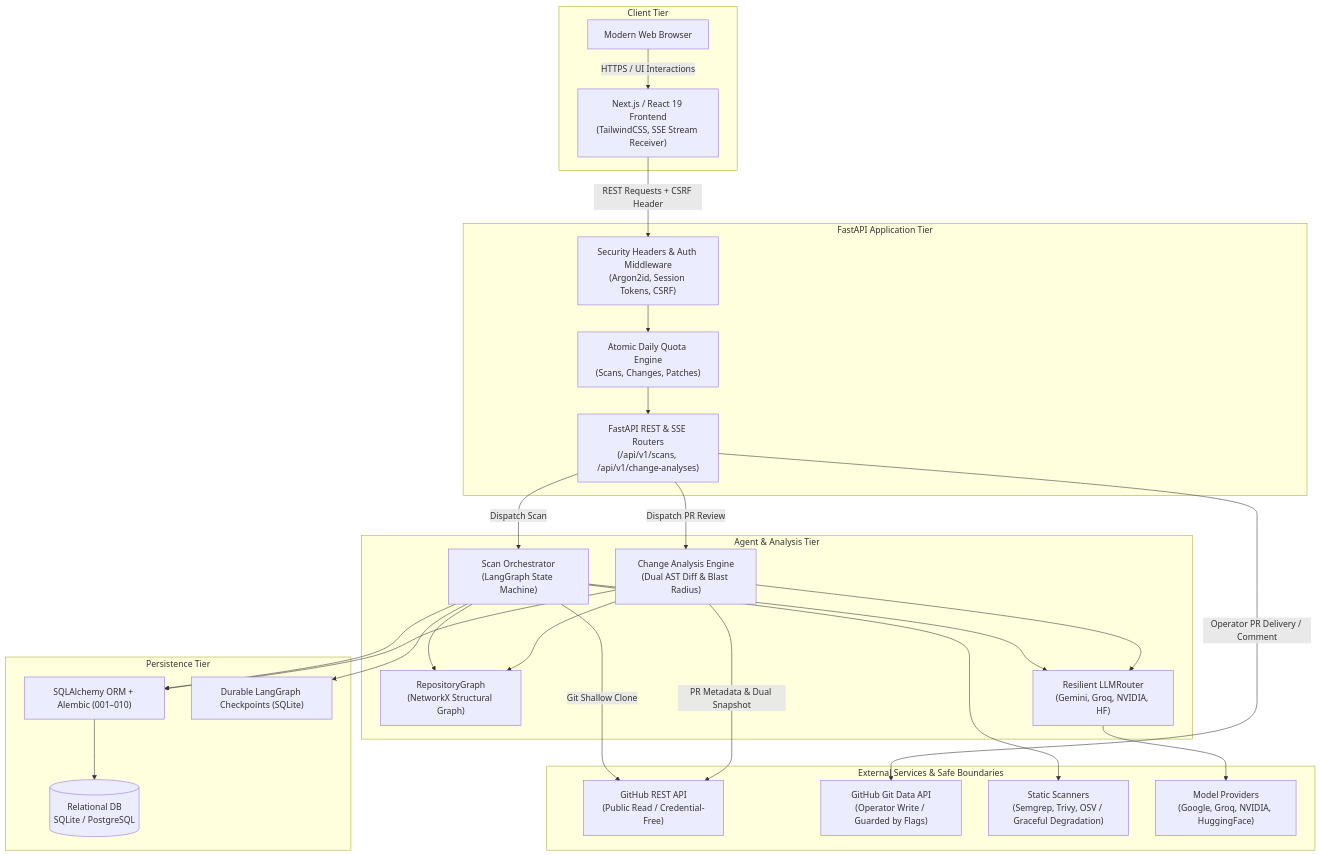
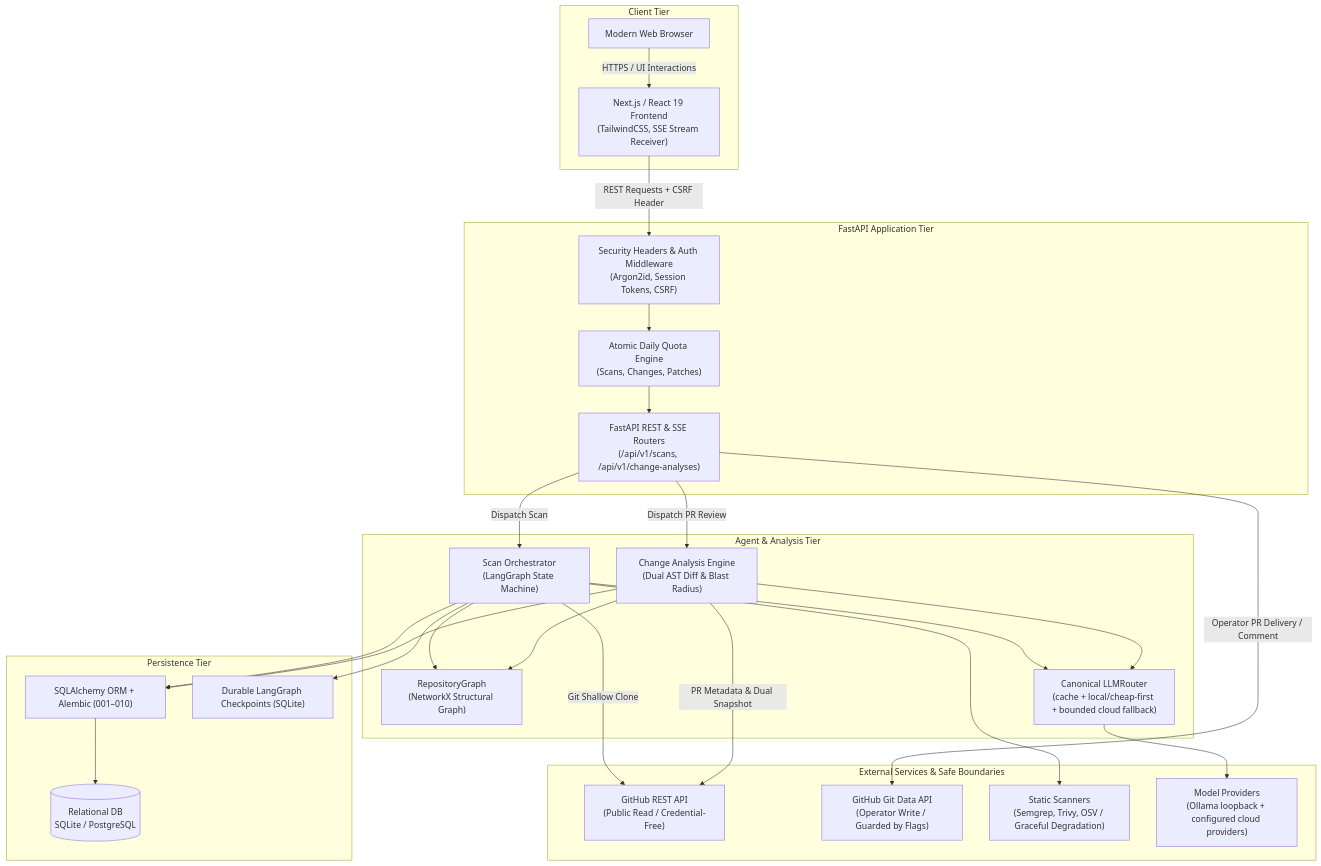
The first of 3 diagrams in docs/architecture.md (yashaskn8/RepoLens), drawn with Mermaid before and after one commit. The commit also changed other lines of this file and 12 other files, not shown here.

Commit message:
fix(release): harden provider configuration and local-first docs

````diff
--- a/docs/architecture.md
+++ b/docs/architecture.md
@@ -34,56 +34,56 @@
 ```mermaid
 flowchart TB
     subgraph Client["Client Tier"]
         Browser["Modern Web Browser"]
         NextJS["Next.js / React 19 Frontend<br/>(TailwindCSS, SSE Stream Receiver)"]
         Browser -->|HTTPS / UI Interactions| NextJS
     end
 
     subgraph API["FastAPI Application Tier"]
         AuthMid["Security Headers & Auth Middleware<br/>(Argon2id, Session Tokens, CSRF)"]
         QuotaSvc["Atomic Daily Quota Engine<br/>(Scans, Changes, Patches)"]
         Router["FastAPI REST & SSE Routers<br/>(/api/v1/scans, /api/v1/change-analyses)"]
         
         NextJS -->|REST Requests + CSRF Header| AuthMid
         AuthMid --> QuotaSvc
         QuotaSvc --> Router
     end
 
     subgraph Orchestration["Agent & Analysis Tier"]
         ScanWorkflow["Scan Orchestrator<br/>(LangGraph State Machine)"]
         ChangeWorkflow["Change Analysis Engine<br/>(Dual AST Diff & Blast Radius)"]
         RepoGraph["RepositoryGraph<br/>(NetworkX Structural Graph)"]
-        LLMRouter["Resilient LLMRouter<br/>(Gemini, Groq, NVIDIA, HF)"]
+        LLMRouter["Canonical LLMRouter<br/>(cache + local/cheap-first + bounded cloud fallback)"]
 
         Router -->|Dispatch Scan| ScanWorkflow
         Router -->|Dispatch PR Review| ChangeWorkflow
         ScanWorkflow --> RepoGraph
         ScanWorkflow --> LLMRouter
         ChangeWorkflow --> RepoGraph
         ChangeWorkflow --> LLMRouter
     end
 
     subgraph Persistence["Persistence Tier"]
         SQLAlchemy["SQLAlchemy ORM + Alembic (001–010)"]
         Checkpointer["Durable LangGraph Checkpoints (SQLite)"]
         RelationalDB[(Relational DB<br/>SQLite / PostgreSQL)]
 
         ScanWorkflow --> SQLAlchemy
         ChangeWorkflow --> SQLAlchemy
         ScanWorkflow --> Checkpointer
         SQLAlchemy --> RelationalDB
     end
 
     subgraph External["External Services & Safe Boundaries"]
         GitHubPublic["GitHub REST API<br/>(Public Read / Credential-Free)"]
         GitHubWrite["GitHub Git Data API<br/>(Operator Write / Guarded by Flags)"]
         ScannerCLIs["Static Scanners<br/>(Semgrep, Trivy, OSV / Graceful Degradation)"]
-        ModelProviders["Model Providers<br/>(Google, Groq, NVIDIA, HuggingFace)"]
+        ModelProviders["Model Providers<br/>(Ollama loopback + configured cloud providers)"]
 
         ScanWorkflow -->|Git Shallow Clone| GitHubPublic
         ChangeWorkflow -->|PR Metadata & Dual Snapshot| GitHubPublic
         Router -->|Operator PR Delivery / Comment| GitHubWrite
         ScanWorkflow --> ScannerCLIs
         LLMRouter --> ModelProviders
     end
 ```
````
